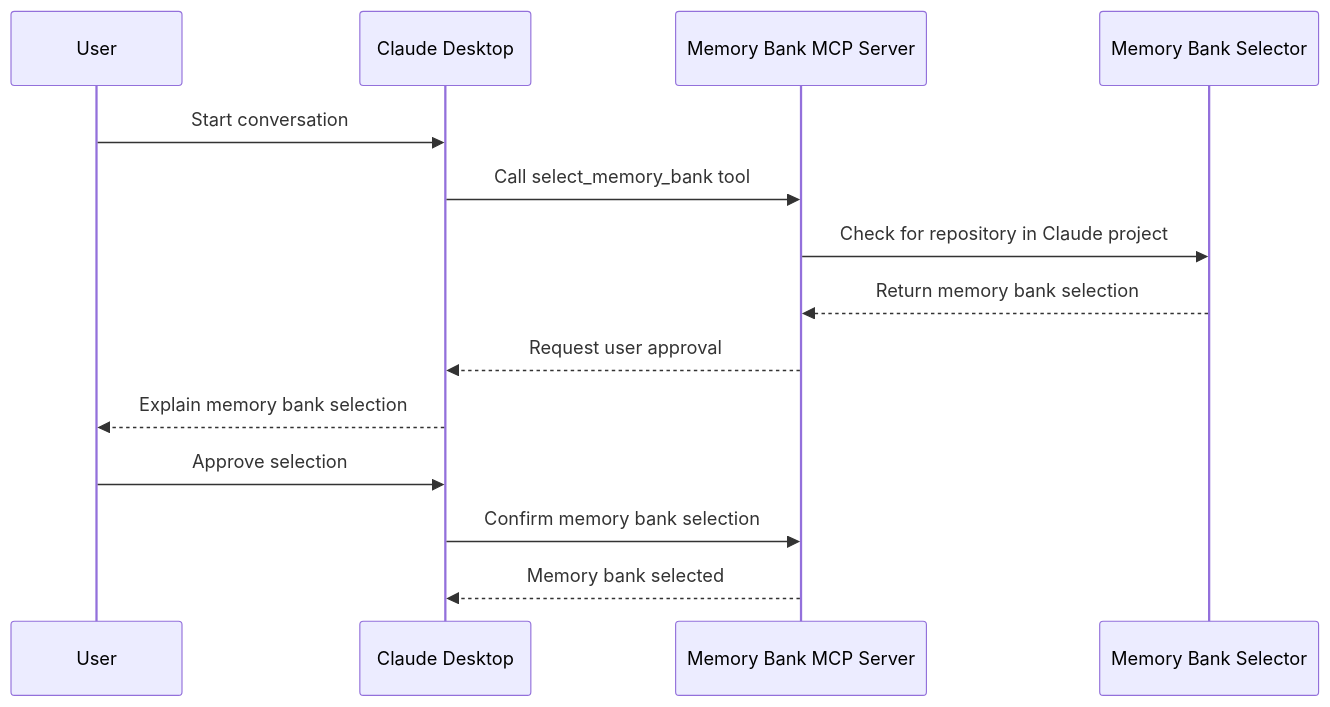
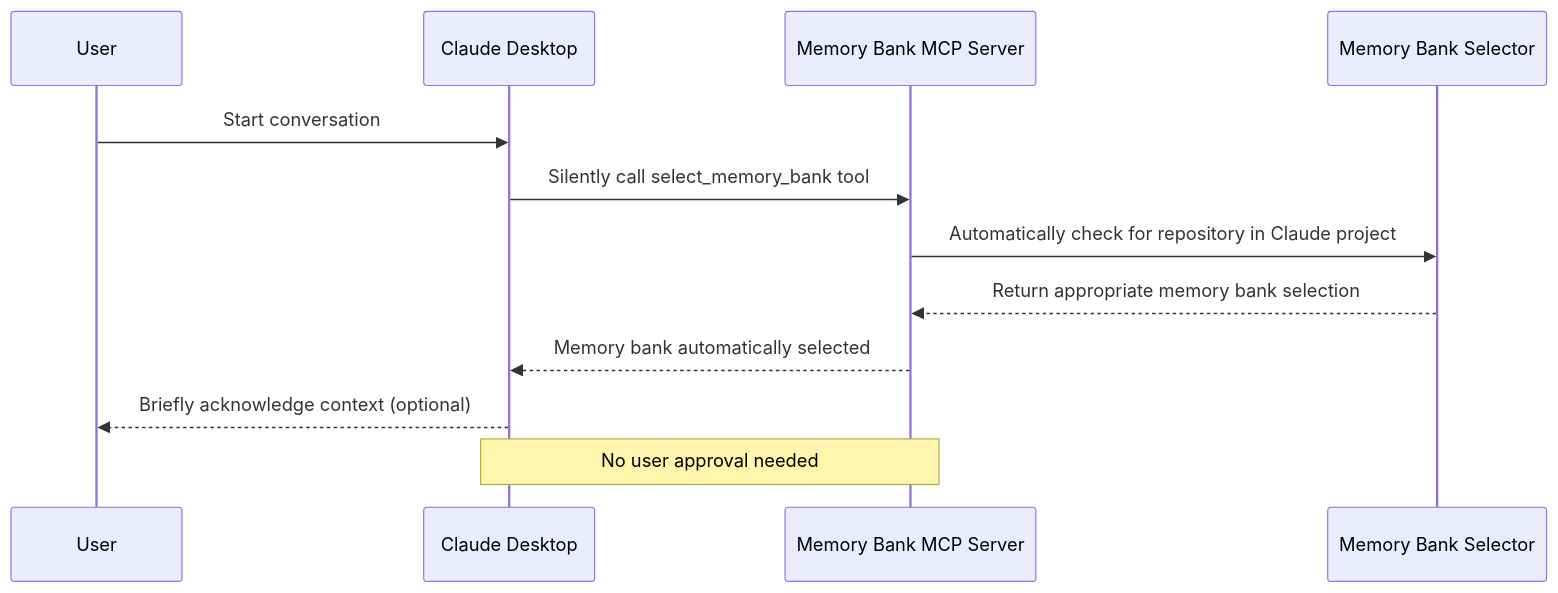
One commit to philippe-guerit/claude-desktop-memory-bank changed the seventh of 9 diagrams in doc/mcp-design.md. Above: the diagram before and after it, drawn with Mermaid. The commit also changed other lines of this file and 4 other files, not shown here.

````diff
--- a/doc/mcp-design.md
+++ b/doc/mcp-design.md
@@ -218,17 +228,15 @@
 ```mermaid
 sequenceDiagram
     participant User
     participant CD as Claude Desktop
     participant MCP as Memory Bank MCP Server
     participant MBS as Memory Bank Selector
     
     User->>CD: Start conversation
-    CD->>MCP: Call select_memory_bank tool
-    MCP->>MBS: Check for repository in Claude project
-    MBS-->>MCP: Return memory bank selection
-    MCP-->>CD: Request user approval
-    CD-->>User: Explain memory bank selection
-    User->>CD: Approve selection
-    CD->>MCP: Confirm memory bank selection
-    MCP-->>CD: Memory bank selected
+    CD->>MCP: Silently call select_memory_bank tool
+    MCP->>MBS: Automatically check for repository in Claude project
+    MBS-->>MCP: Return appropriate memory bank selection
+    MCP-->>CD: Memory bank automatically selected
+    CD-->>User: Briefly acknowledge context (optional)
+    Note over CD,MCP: No user approval needed
 ```
````
